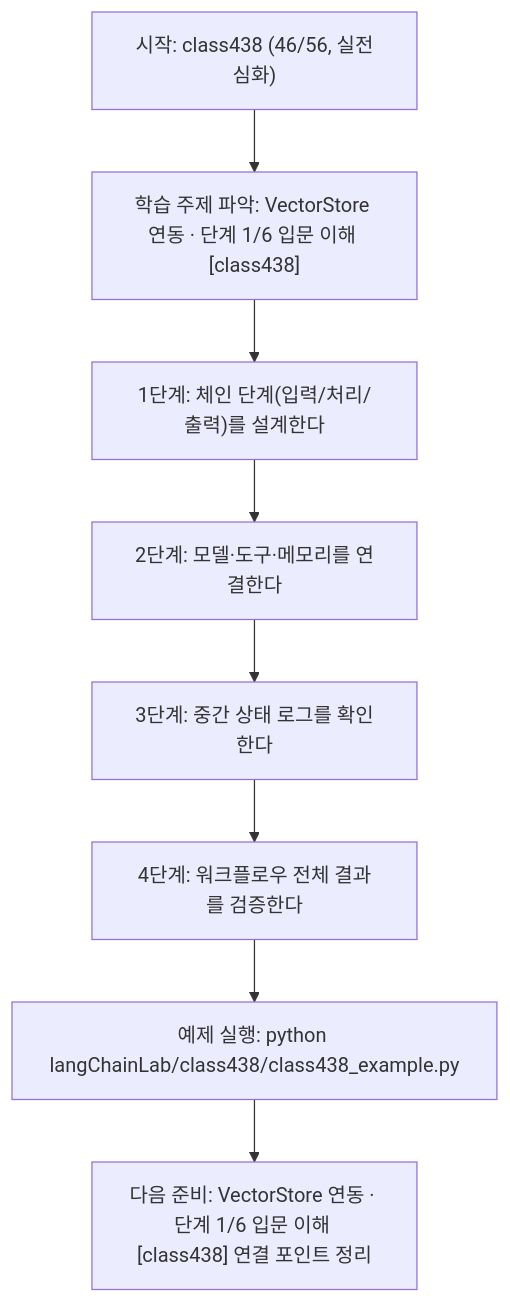
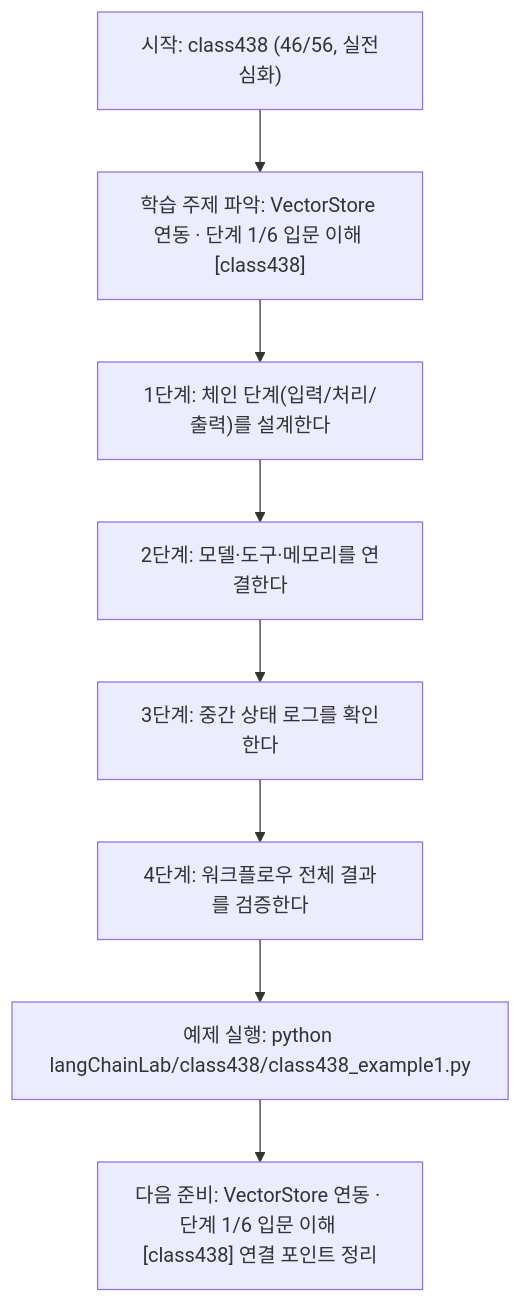
Before and after one commit to edumgt/Python-AI_Agent-Class: the diagram in langChainLab/class438/class438.md, drawn with Mermaid. The commit also changed other lines of this file and 2959 other files, not shown here.

````diff
--- a/langChainLab/class438/class438.md
+++ b/langChainLab/class438/class438.md
@@ -109,18 +109,18 @@
 ```mermaid
 flowchart TD
 N1["시작: class438 (46/56, 실전심화)"]
 N2["학습 주제 파악: VectorStore 연동 · 단계 1/6 입문 이해 [class438]"]
 N3["1단계: 체인 단계(입력/처리/출력)를 설계한다"]
 N4["2단계: 모델·도구·메모리를 연결한다"]
 N5["3단계: 중간 상태 로그를 확인한다"]
 N6["4단계: 워크플로우 전체 결과를 검증한다"]
-N7["예제 실행: python langChainLab/class438/class438_example.py"]
+N7["예제 실행: python langChainLab/class438/class438_example1.py"]
 N8["다음 준비: VectorStore 연동 · 단계 1/6 입문 이해 [class438] 연결 포인트 정리"]
 N1 --> N2
 N2 --> N3
 N3 --> N4
 N4 --> N5
 N5 --> N6
 N6 --> N7
 N7 --> N8
 ```
````
